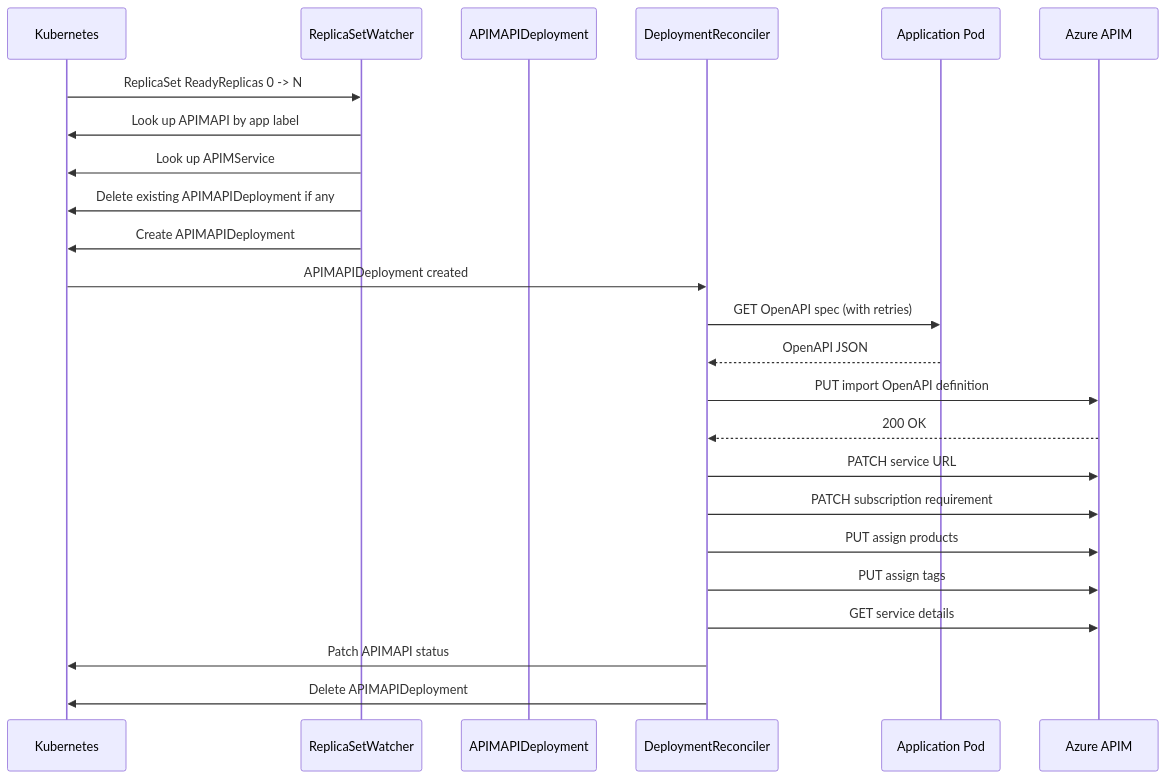
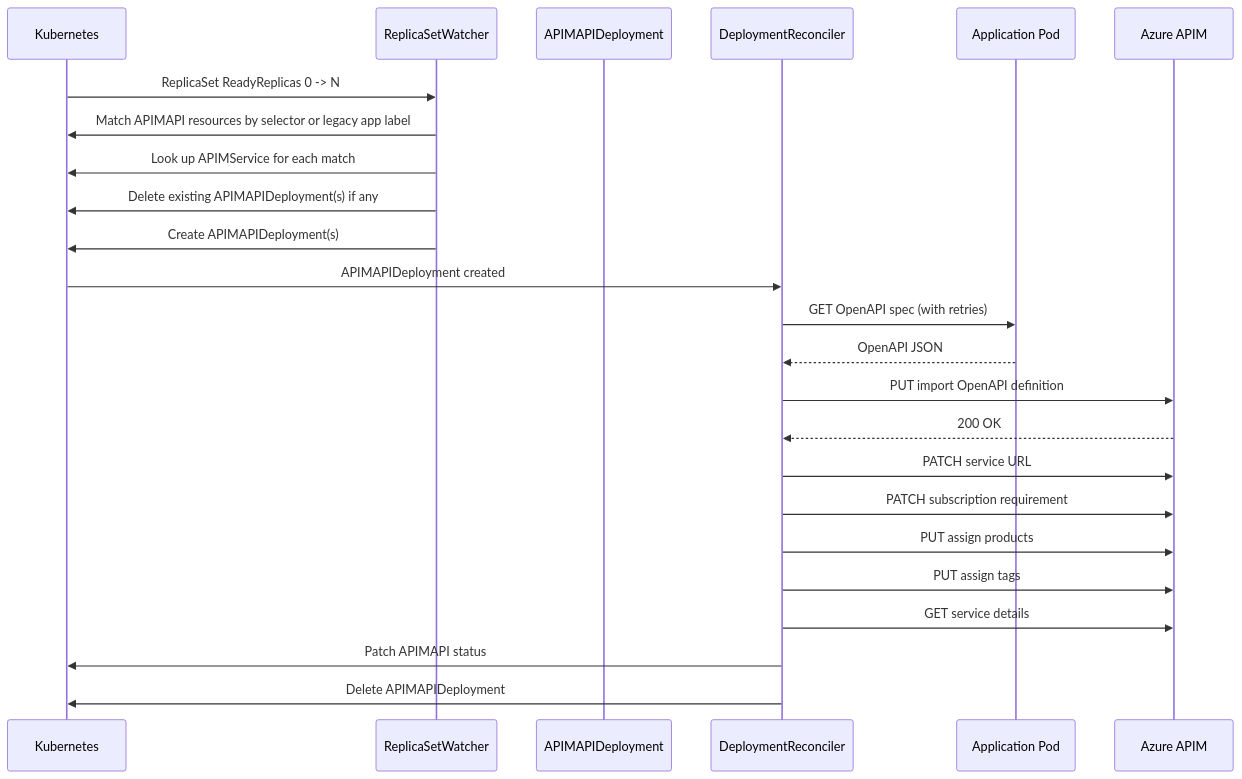
Before and after one commit to hedinbil/azure-apim-operator: the second of 3 diagrams in docs/architecture.md, drawn with Mermaid. The commit also changed other lines of this file and 21 other files, not shown here.

First line of the commit message:
Add support for label selector

````diff
--- a/docs/architecture.md
+++ b/docs/architecture.md
@@ -54,28 +54,28 @@
 ```mermaid
 sequenceDiagram
     participant K8s as Kubernetes
     participant RSW as ReplicaSetWatcher
     participant Deploy as APIMAPIDeployment
     participant ADR as DeploymentReconciler
     participant App as Application Pod
     participant APIM as Azure APIM
 
     K8s->>RSW: ReplicaSet ReadyReplicas 0 -> N
-    RSW->>K8s: Look up APIMAPI by app label
-    RSW->>K8s: Look up APIMService
-    RSW->>K8s: Delete existing APIMAPIDeployment if any
-    RSW->>K8s: Create APIMAPIDeployment
+    RSW->>K8s: Match APIMAPI resources by selector or legacy app label
+    RSW->>K8s: Look up APIMService for each match
+    RSW->>K8s: Delete existing APIMAPIDeployment(s) if any
+    RSW->>K8s: Create APIMAPIDeployment(s)
 
     K8s->>ADR: APIMAPIDeployment created
     ADR->>App: GET OpenAPI spec (with retries)
     App-->>ADR: OpenAPI JSON
     ADR->>APIM: PUT import OpenAPI definition
     APIM-->>ADR: 200 OK
     ADR->>APIM: PATCH service URL
     ADR->>APIM: PATCH subscription requirement
     ADR->>APIM: PUT assign products
     ADR->>APIM: PUT assign tags
     ADR->>APIM: GET service details
     ADR->>K8s: Patch APIMAPI status
     ADR->>K8s: Delete APIMAPIDeployment
 ```
````
